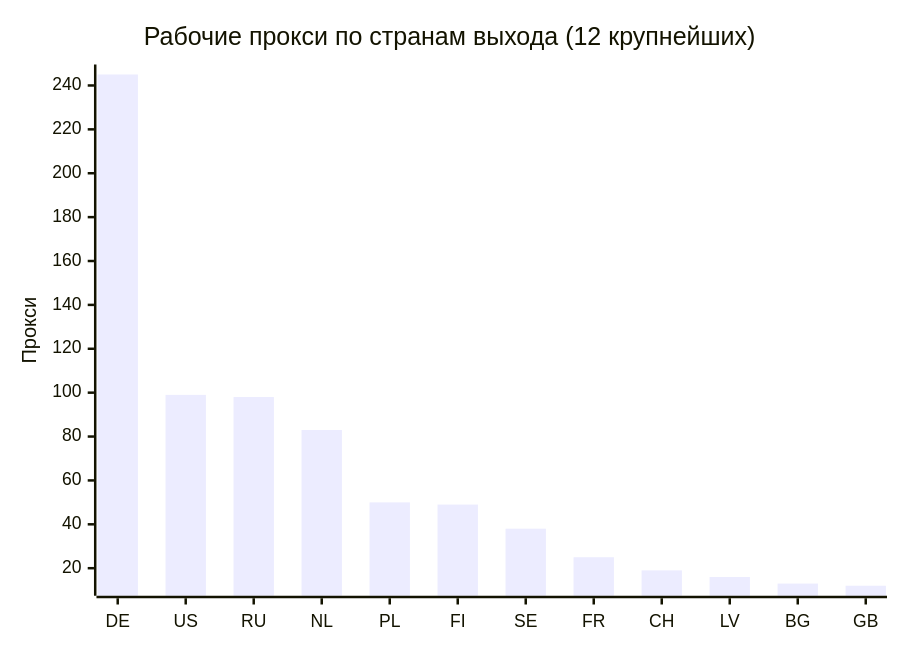
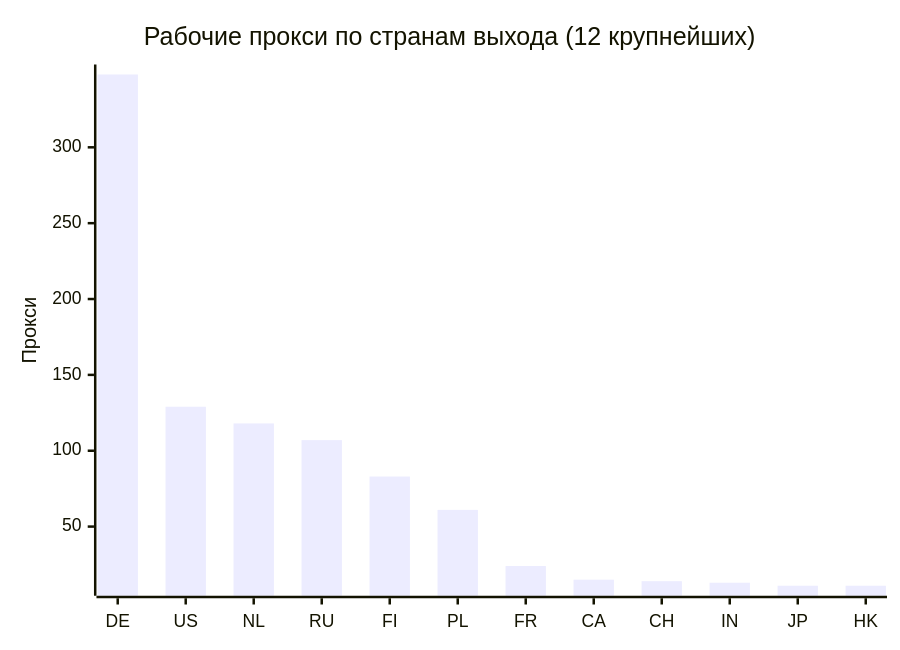
One commit to rvvg/proxy-subs changed the second of 4 diagrams in README.md. Above: the diagram before and after it, drawn with Mermaid. The commit also changed other lines of this file and 47 other files, not shown here.

````diff
--- a/README.md
+++ b/README.md
@@ -128,7 +124,7 @@
 ```mermaid
 xychart-beta
     title "Рабочие прокси по странам выхода (12 крупнейших)"
-    x-axis ["DE", "US", "RU", "NL", "PL", "FI", "SE", "FR", "CH", "LV", "BG", "GB"]
+    x-axis ["DE", "US", "NL", "RU", "FI", "PL", "FR", "CA", "CH", "IN", "JP", "HK"]
     y-axis "Прокси"
-    bar [245, 99, 98, 83, 50, 49, 38, 25, 19, 16, 13, 12]
+    bar [348, 129, 118, 107, 83, 61, 24, 15, 14, 13, 11, 11]
 ```
````
